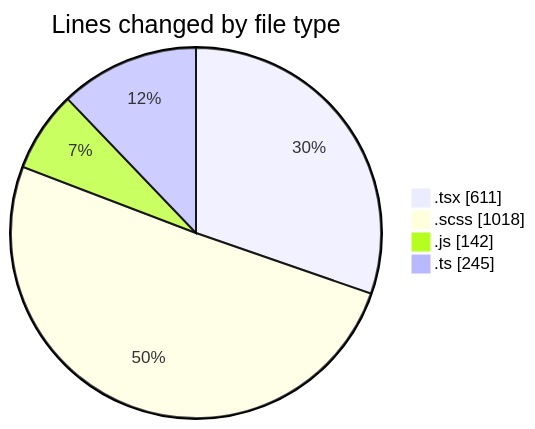
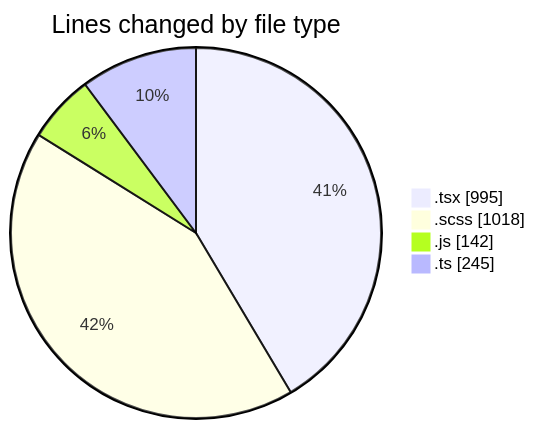
Before and after one commit to momahboobian/code-tracking: the first of 2 diagrams in 2026-03-25/cda/README.md, drawn with Mermaid. The commit also changed other lines of this file and 1 other file, not shown here.

````diff
--- a/2026-03-25/cda/README.md
+++ b/2026-03-25/cda/README.md
@@ -23,8 +23,8 @@
 ```mermaid
 pie showData
 title Lines changed by file type
-".tsx" : 611
+".tsx" : 995
 ".scss" : 1018
 ".js" : 142
 ".ts" : 245
 ```
````
